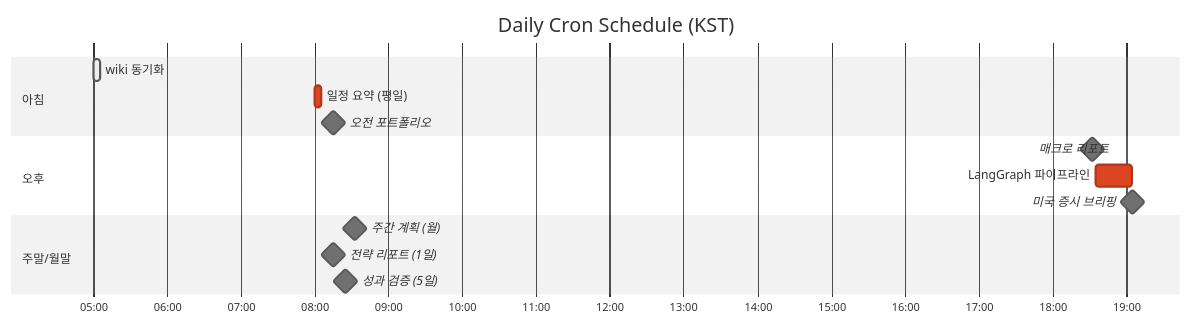
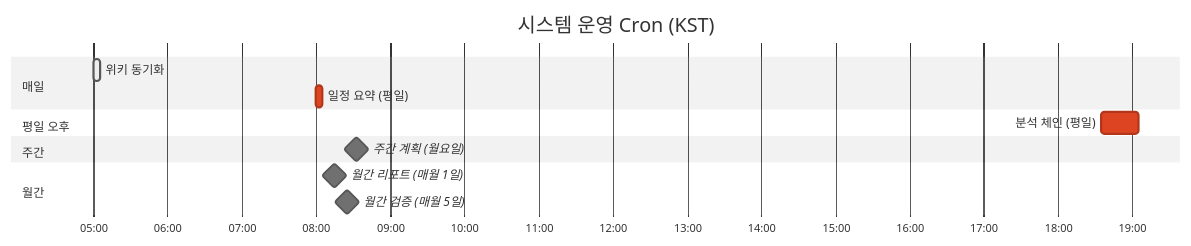
The first of 2 diagrams in slides/05-cron.md (mybotagent/hermes-architecture-deck), drawn with Mermaid (neutral theme) before and after one commit. The commit also changed other lines of this file and 8 other files, not shown here.

First line of the commit message:
fix: mermaid ID 영문화 + 주식 내용 제거 + 카드형 인덱스

````diff
--- a/slides/05-cron.md
+++ b/slides/05-cron.md
@@ -9,21 +9,20 @@
 ```mermaid
 gantt
-    title Daily Cron Schedule (KST)
+    title 시스템 운영 Cron (KST)
     dateFormat HH:mm
     axisFormat %H:%M
 
-    section 아침
-    wiki 동기화              :active, w1, 05:00, 5m
-    일정 요약 (평일)           :crit, s1, 08:00, 5m
-    오전 포트폴리오           :milestone, s2, 08:10, 10m
+    section 매일
+    위키 동기화              :active, d1, 05:00, 5m
+    일정 요약 (평일)          :crit, d2, 08:00, 5m
 
-    section 오후
-    매크로 리포트             :milestone, s3, 18:30, 5m
-    LangGraph 파이프라인       :crit, s4, 18:35, 30m
-    미국 증시 브리핑           :milestone, s5, 19:00, 10m
+    section 평일 오후
+    분석 체인 (평일)          :crit, d3, 18:35, 30m
 
-    section 주말/월말
-    주간 계획 (월)            :milestone, s6, 08:30, 5m
-    전략 리포트 (1일)          :milestone, m1, 08:00, 30m
-    성과 검증 (5일)            :milestone, m2, 08:10, 30m
+    section 주간
+    주간 계획 (월요일)        :milestone, w1, 08:30, 5m
+
+    section 월간
+    월간 리포트 (매월 1일)     :milestone, m1, 08:00, 30m
+    월간 검증 (매월 5일)       :milestone, m2, 08:10, 30m
 ```
````
